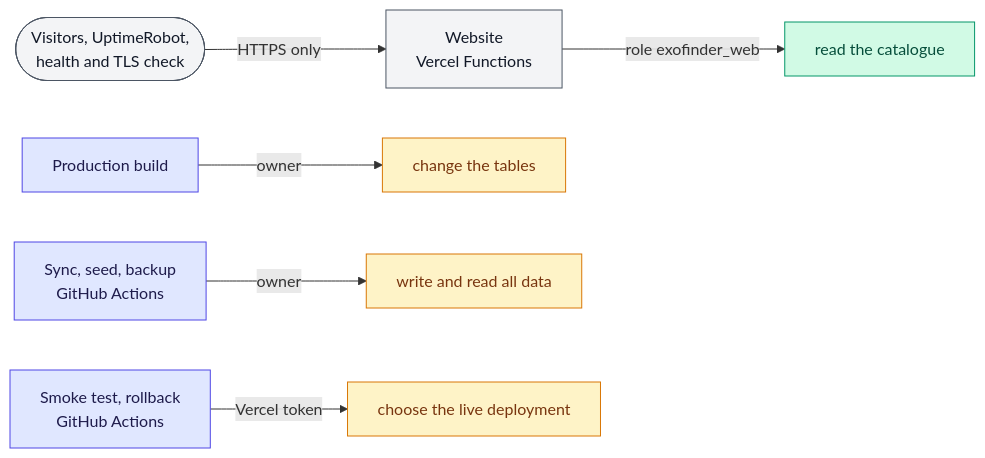
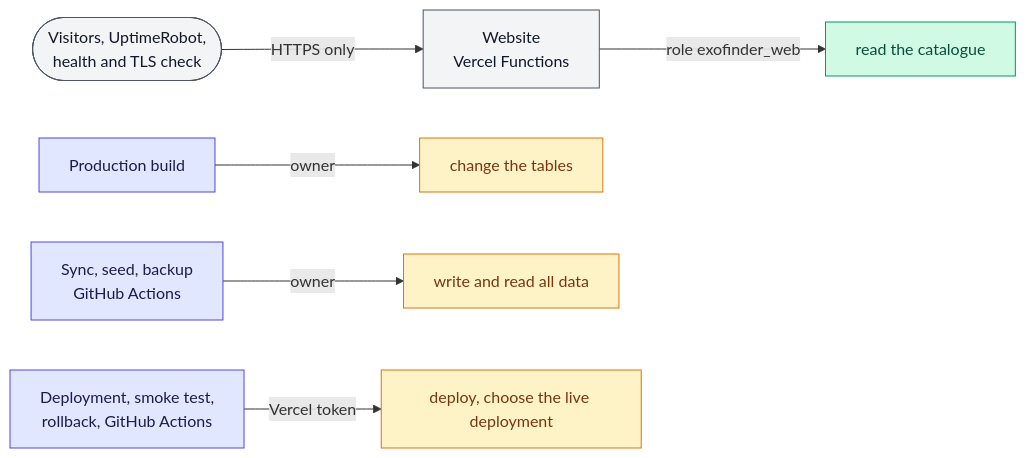
One commit to tomdevtech/ExoAtlas changed the third of 12 diagrams in docs/ARCHITECTURE.md. Above: the diagram before and after it, drawn with Mermaid. The commit also changed other lines of this file and 5 other files, not shown here.

First line of the commit message:
Deploy to Vercel only after every check has passed

````diff
--- a/docs/ARCHITECTURE.md
+++ b/docs/ARCHITECTURE.md
@@ -94,14 +94,14 @@
 ```mermaid
 flowchart LR
     Visitors([Visitors, UptimeRobot,<br>health and TLS check]):::who -->|HTTPS only| Site[Website<br>Vercel Functions]:::app
     Site -->|role exofinder_web| Read[read the catalogue]:::ro
     Build[Production build]:::job -->|owner| Schema[change the tables]:::rw
     Jobs[Sync, seed, backup<br>GitHub Actions]:::job -->|owner| Data[write and read all data]:::rw
-    Deploy[Smoke test, rollback<br>GitHub Actions]:::job -->|Vercel token| Live[choose the live deployment]:::rw
+    Deploy[Deployment, smoke test,<br>rollback, GitHub Actions]:::job -->|Vercel token| Live[deploy, choose the live deployment]:::rw
 
     classDef who fill:#f3f4f6,stroke:#4b5563,color:#111827
     classDef app fill:#f3f4f6,stroke:#4b5563,color:#111827
     classDef job fill:#e0e7ff,stroke:#4f46e5,color:#1e1b4b
     classDef ro fill:#d1fae5,stroke:#059669,color:#064e3b
     classDef rw fill:#fef3c7,stroke:#d97706,color:#78350f
 ```
````
